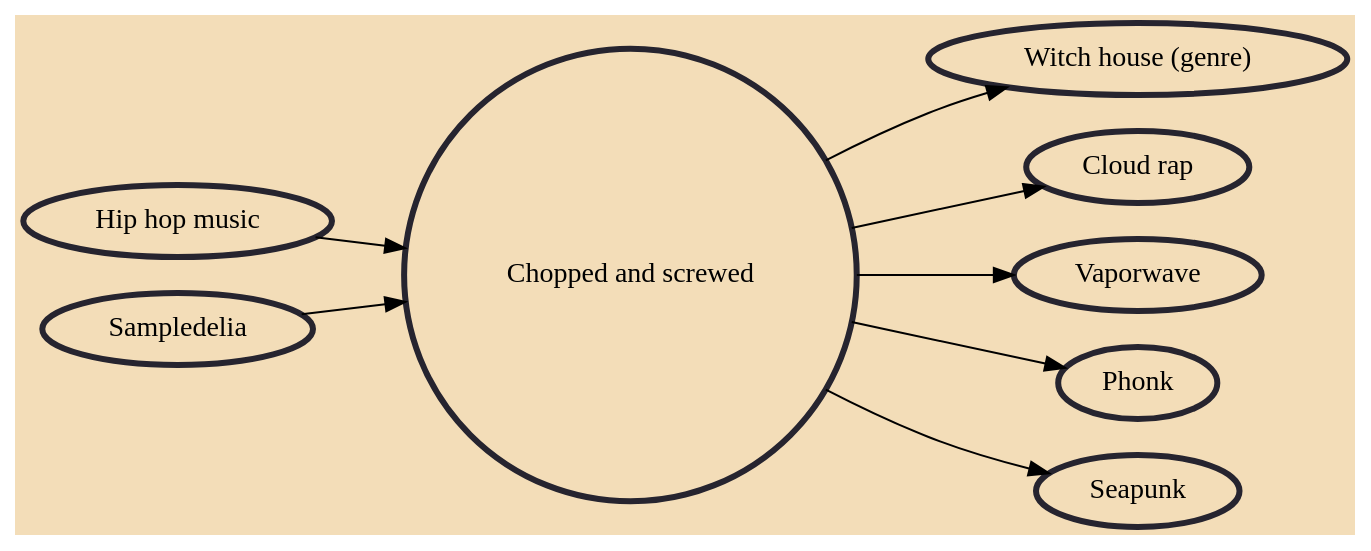
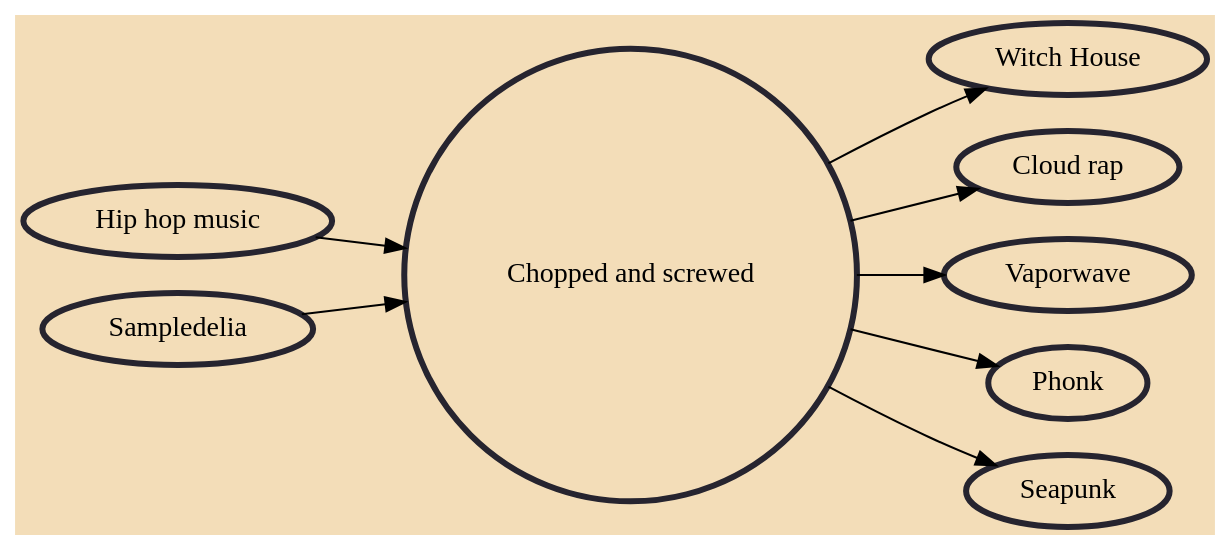
Before and after one commit to avengerpenguin/musicgenres: the diagram in Music/Chopped and screwed.md, drawn with Graphviz. The commit also changed other lines of this file and 9 other files, not shown here.

Commit message:
Simplify Witch House (genre) to just Witch House

````diff
--- a/Music/Chopped and screwed.md
+++ b/Music/Chopped and screwed.md
@@ -6,21 +6,21 @@
 ```dot
 digraph {
 	graph [bgcolor="#F3DDB8" rankdir=LR]
 	node [color="#26242F" penwidth=3.0]
 	"Chopped and screwed" [shape=circle]
 	"Hip hop music" [URL="/hip-hop-music/"]
 	"Hip hop music" -> "Chopped and screwed"
 	Sampledelia [URL="/sampledelia/"]
 	Sampledelia -> "Chopped and screwed"
-	"Witch house (genre)" [URL="/witch-house-genre/"]
-	"Chopped and screwed" -> "Witch house (genre)"
+	"Witch House" [URL="/witch-house/"]
+	"Chopped and screwed" -> "Witch House"
 	"Cloud rap" [URL="/cloud-rap/"]
 	"Chopped and screwed" -> "Cloud rap"
 	Vaporwave [URL="/vaporwave/"]
 	"Chopped and screwed" -> Vaporwave
 	Phonk [URL="/phonk/"]
 	"Chopped and screwed" -> Phonk
 	Seapunk [URL="/seapunk/"]
 	"Chopped and screwed" -> Seapunk
 }
 ```
````
